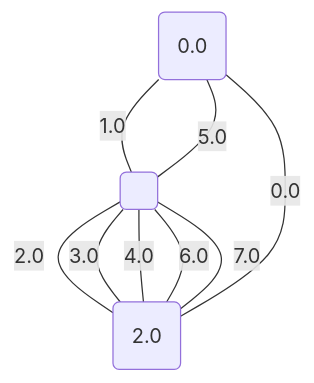
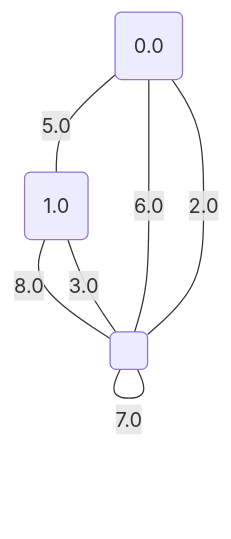
Before and after one commit to metury/graphs: diagram 15 of 17 in project/src/testing/showcase/minCutPetersen.md, drawn with Mermaid. The commit also changed other lines of this file and 34 other files, not shown here.

````diff
--- a/project/src/testing/showcase/minCutPetersen.md
+++ b/project/src/testing/showcase/minCutPetersen.md
@@ -375,14 +375,14 @@
 ```mermaid
 graph TD;
 	0("0.0");
-	1("2.0");
+	1("1.0");
 	2(" ");
-	1 -- "0.0" --- 0;
-	0 -- "1.0" --- 2;
-	2 -- "2.0" --- 1;
-	1 -- "3.0" --- 2;
-	1 -- "4.0" --- 2;
-	0 -- "5.0" --- 2;
-	1 -- "6.0" --- 2;
-	1 -- "7.0" --- 2;
+	2 -- "0.0" --- 2;
+	2 -- "1.0" --- 2;
+	2 -- "2.0" --- 0;
+	2 -- "3.0" --- 1;
+	0 -- "5.0" --- 1;
+	0 -- "6.0" --- 2;
+	2 -- "7.0" --- 2;
+	1 -- "8.0" --- 2;
 ```
````
